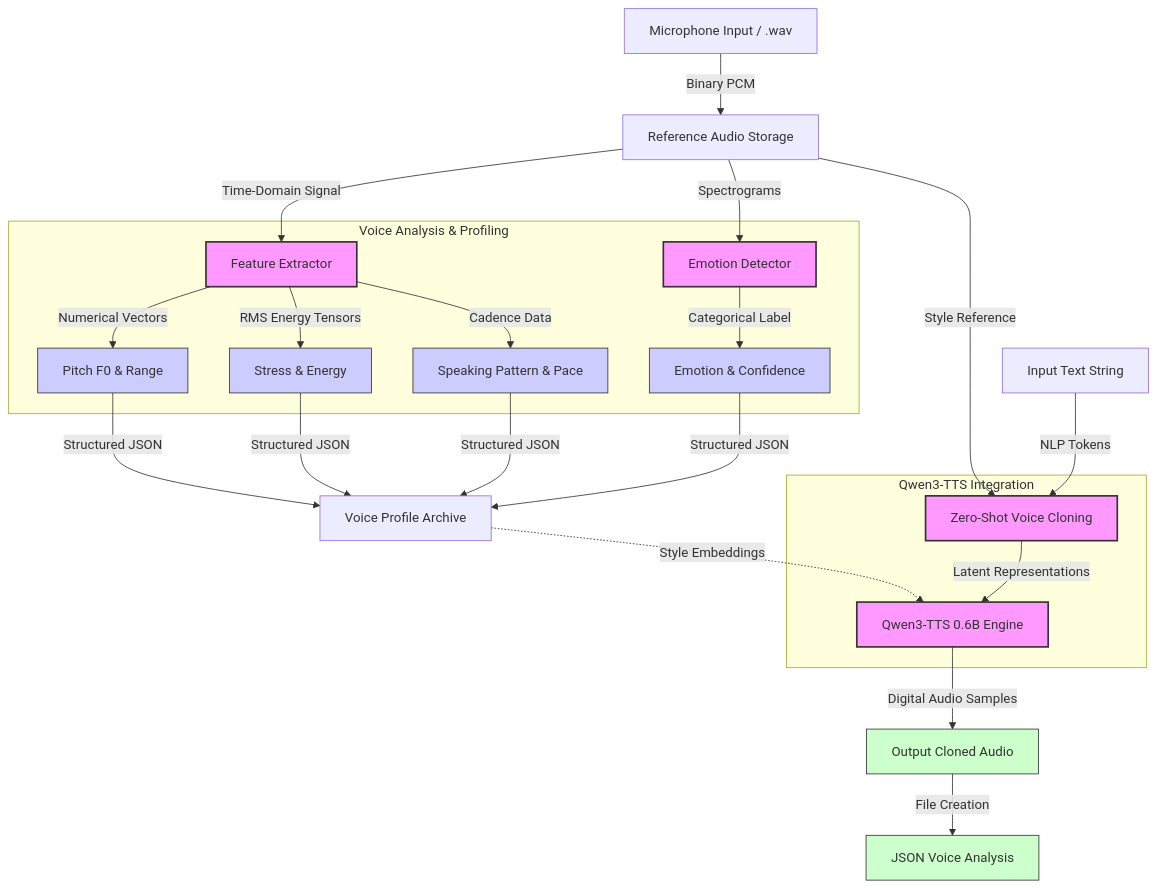
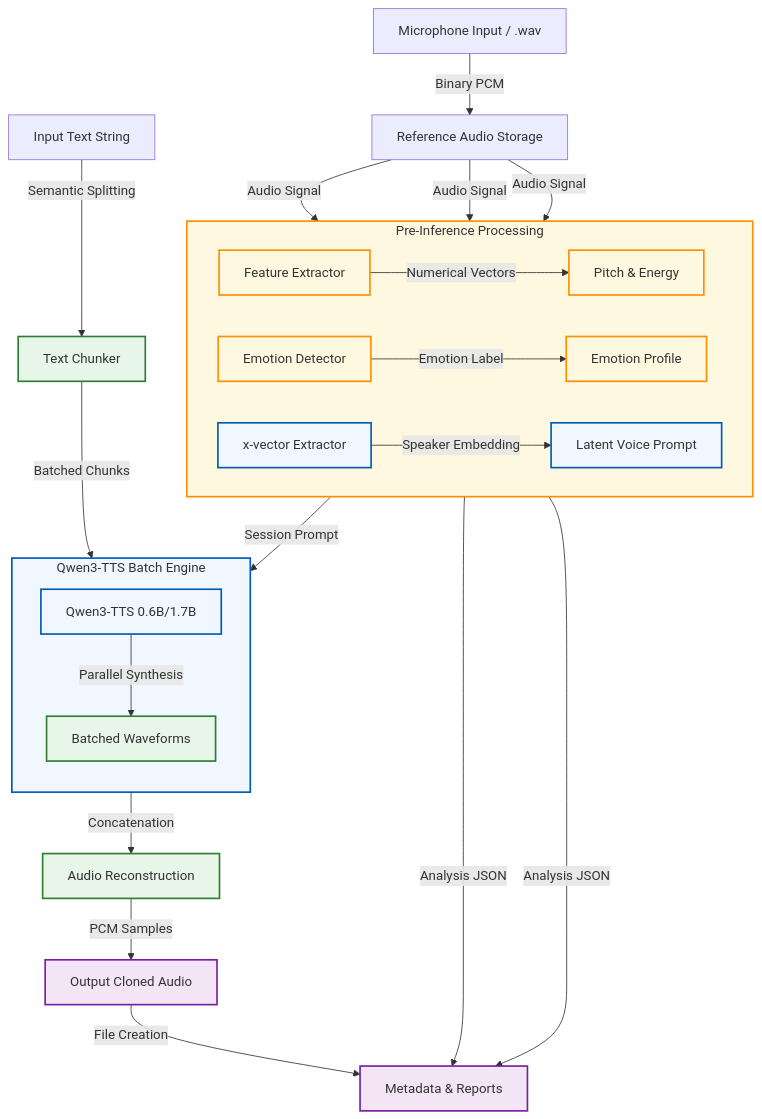
Before and after one commit to Praveen-1307/-Personalized-Speech-Learning-using-TTS: the diagram in docs/DIAGRAM.md, drawn with Mermaid. The commit also changed other lines of this file and 19 other files, not shown here.

````diff
--- a/docs/DIAGRAM.md
+++ b/docs/DIAGRAM.md
@@ -5,45 +5,48 @@
 ```mermaid
 graph TD
     %% Input Stage
     Input[Microphone Input / .wav] -->|Binary PCM| Rec[Reference Audio Storage]
     
-    %% Analysis Stage
-    subgraph Analysis [Voice Analysis & Profiling]
-        FE[Feature Extractor] -->|Numerical Vectors| Pitch[Pitch F0 & Range]
-        FE -->|RMS Energy Tensors| Energy[Stress & Energy]
-        FE -->|Cadence Data| Rhythm[Speaking Pattern & Pace]
-        
-        ED[Emotion Detector] -->|Categorical Label| Emotion[Emotion & Confidence]
+    %% Analysis & Prompt Stage
+    subgraph PreProcessing [Pre-Inference Processing]
+        direction LR
+        FE[Feature Extractor] -->|Numerical Vectors| Pitch[Pitch & Energy]
+        ED[Emotion Detector] -->|Emotion Label| Emotion[Emotion Profile]
+        Prompt[x-vector Extractor] -->|Speaker Embedding| Embedding[Latent Voice Prompt]
     end
     
-    Rec -->|Time-Domain Signal| FE
-    Rec -->|Spectrograms| ED
+    Rec -->|Audio Signal| FE
+    Rec -->|Audio Signal| ED
+    Rec -->|Audio Signal| Prompt
+
+    %% Batching Logic
+    Text[Input Text String] -->|Semantic Splitting| Chunker[Text Chunker]
+    Chunker -->|Batched Chunks| Engine
 
     %% Model Integration Stage
-    subgraph Model [Qwen3-TTS Integration]
-        QTTS[Qwen3-TTS 0.6B Engine]
-        Clone[Zero-Shot Voice Cloning]
+    subgraph Engine [Qwen3-TTS Batch Engine]
+        direction TB
+        Base[Qwen3-TTS 0.6B/1.7B]
+        Embedding -->|Session Prompt| Base
+        Base -->|Parallel Synthesis| BatchOut[Batched Waveforms]
     end
     
-    %% Logical Flow
-    Pitch & Energy & Rhythm & Emotion -->|Structured JSON| Profile[Voice Profile Archive]
-    Profile -.->|Style Embeddings| QTTS
-    Rec -->|Style Reference| Clone
-    
     %% Synthesis Stage
-    TEXT[Input Text String] -->|NLP Tokens| Clone
-    Clone -->|Latent Representations| QTTS
-    QTTS -->|Digital Audio Samples| WAV[Output Cloned Audio]
+    BatchOut -->|Concatenation| Reconstruction[Audio Reconstruction]
+    Reconstruction -->|PCM Samples| WAV[Output Cloned Audio]
     
     %% Output Metadata
-    WAV -->|File Creation| Meta[JSON Voice Analysis]
+    WAV -->|File Creation| Meta[Metadata & Reports]
+    Pitch & Emotion -->|Analysis JSON| Meta
 
-    %% Styling
-    classDef main fill:#f9f,stroke:#333,stroke-width:2px;
-    classDef analysis fill:#ccf,stroke:#333,stroke-width:1px;
-    classDef model fill:#cfc,stroke:#333,stroke-width:1px;
+    %% Styling with High Contrast
+    classDef mainNode fill:#f0f7ff,stroke:#005bb7,stroke-width:2px;
+    classDef analysisNode fill:#fff8e1,stroke:#ff8f00,stroke-width:2px;
+    classDef modelNode fill:#e8f5e9,stroke:#2e7d32,stroke-width:2px;
+    classDef outputNode fill:#f3e5f5,stroke:#7b1fa2,stroke-width:2px;
     
-    class QTTS,Clone,FE,ED main;
-    class Pitch,Energy,Rhythm,Emotion analysis;
-    class WAV,Meta model;
+    class Engine,Base,Prompt,Embedding mainNode;
+    class FE,ED,Pitch,Emotion,PreProcessing analysisNode;
+    class Chunker,BatchOut,Reconstruction modelNode;
+    class WAV,Meta outputNode;
 ```
````
